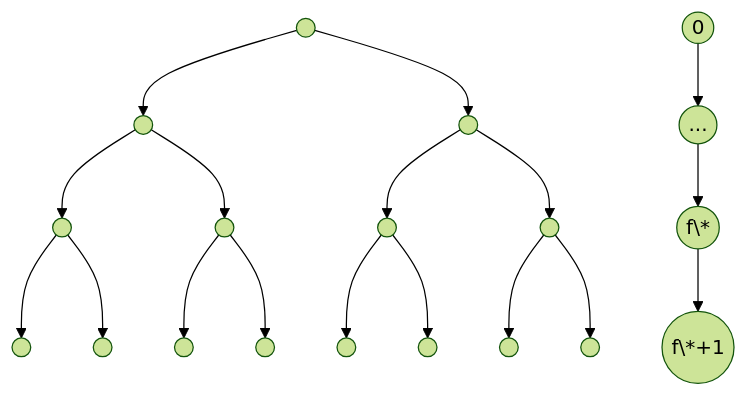
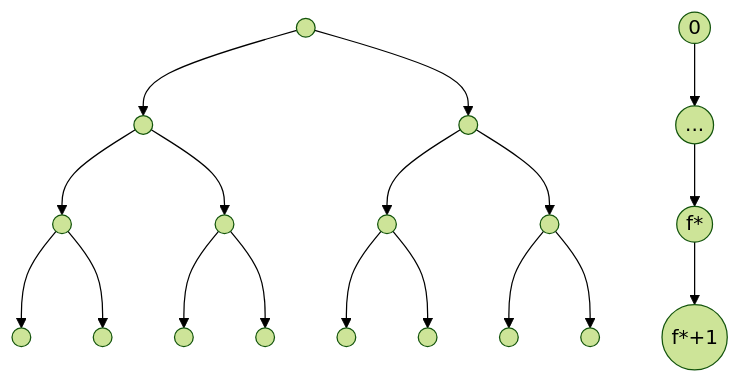
Before and after one commit to Cogno-Marco/blog: the diagram in posts/general_divide_and_conquer.md, drawn with Mermaid (forest theme).

Commit message:
too many

````diff
--- a/posts/general_divide_and_conquer.md
+++ b/posts/general_divide_and_conquer.md
@@ -93,23 +93,23 @@
 ```mermaid
 flowchart TD
     id1(( )) --> id2(( ))
     id1(( )) --> id3(( ))
     
     id2(( )) --> id4(( ))
     id2(( )) --> id5(( ))
     id3(( )) --> id6(( ))
     id3(( )) --> id7(( ))
     
     id4(( )) --> id8(( ))
     id4(( )) --> id9(( ))
     id5(( )) --> id10(( ))
     id5(( )) --> id11(( ))
     id6(( )) --> id12(( ))
     id6(( )) --> id13(( ))
     id7(( )) --> id14(( ))
     id7(( )) --> id15(( ))
     
     id16((0)) --> id17(( ))
     id17((...)) --> id18(( ))
-    id18((f\*)) --> id19((f\*+1))
+    id18((f*)) --> id19((f*+1))
 ```
````
